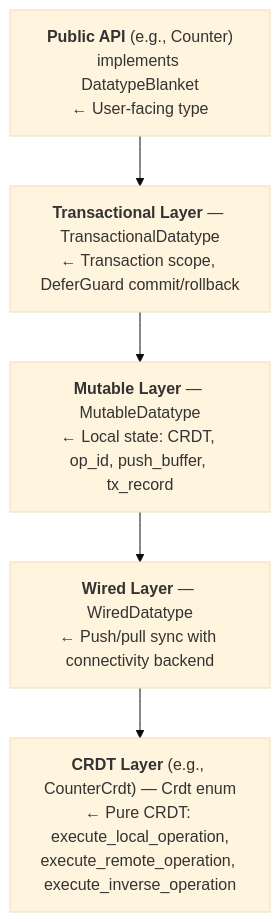
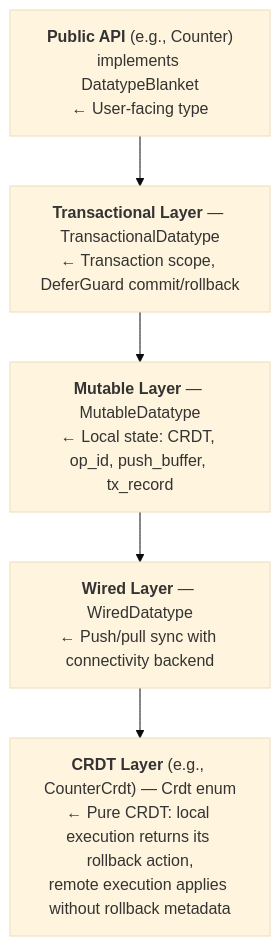
The first of 4 diagrams in docs/architecture.md (qortoo/qortoo-rs), drawn with Mermaid (base theme) before and after one commit. The commit also changed other lines of this file and 44 other files, not shown here.

````diff
--- a/docs/architecture.md
+++ b/docs/architecture.md
@@ -11,10 +11,10 @@
 ```mermaid
 flowchart TD
     API["<b>Public API</b> (e.g., Counter)<br/>implements DatatypeBlanket<br/>← User-facing type"]
     TX["<b>Transactional Layer</b> — TransactionalDatatype<br/>← Transaction scope, DeferGuard commit/rollback"]
     MU["<b>Mutable Layer</b> — MutableDatatype<br/>← Local state: CRDT, op_id, push_buffer, tx_record"]
     WI["<b>Wired Layer</b> — WiredDatatype<br/>← Push/pull sync with connectivity backend"]
-    CR["<b>CRDT Layer</b> (e.g., CounterCrdt) — Crdt enum<br/>← Pure CRDT: execute_local_operation,<br/>execute_remote_operation, execute_inverse_operation"]
+    CR["<b>CRDT Layer</b> (e.g., CounterCrdt) — Crdt enum<br/>← Pure CRDT: local execution returns its rollback action,<br/>remote execution applies without rollback metadata"]
 
     API --> TX --> MU --> WI --> CR
 ```
````
